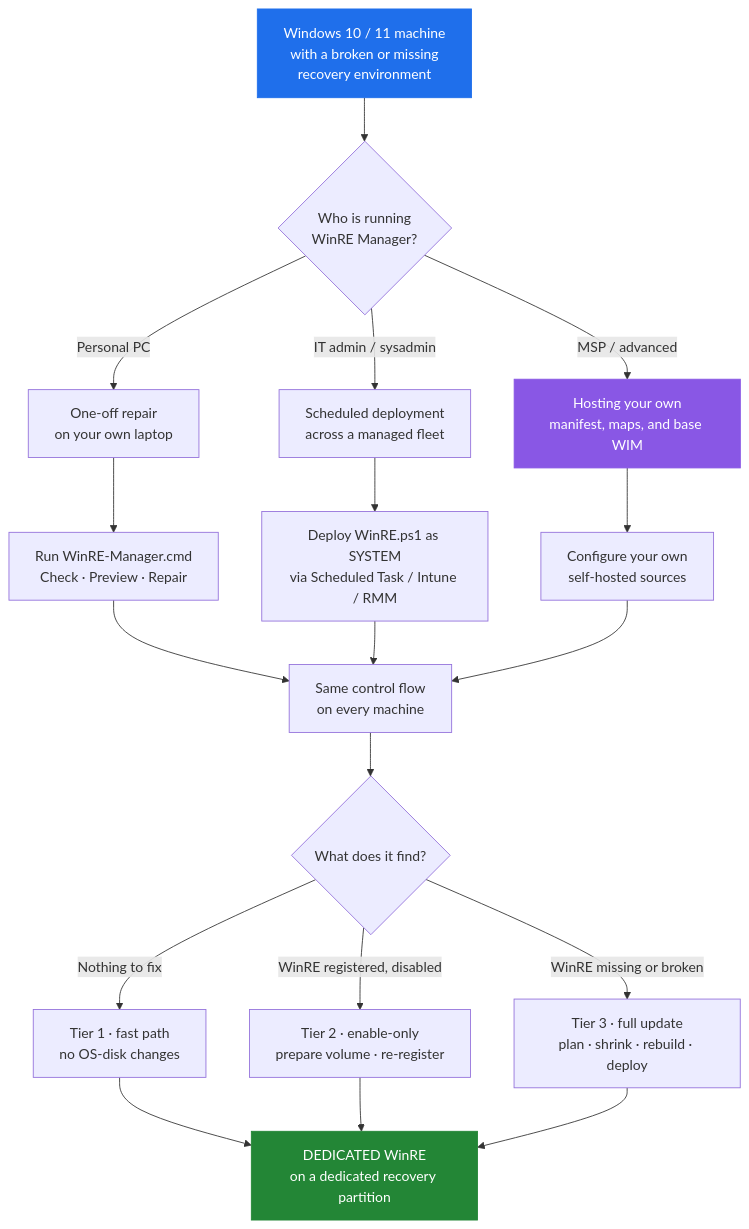
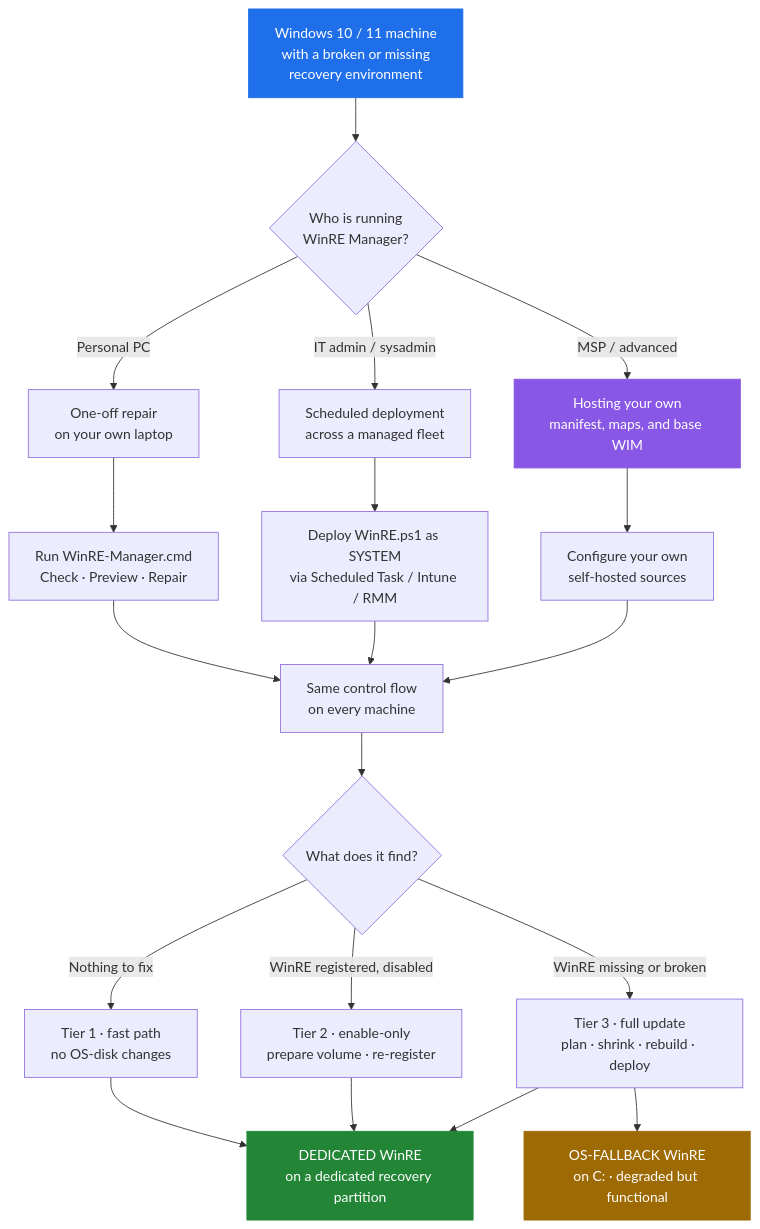
One commit to ArthurJDurand/WinRE-Manager changed the diagram in docs/index.md. Above: the diagram before and after it, drawn with Mermaid. The commit also changed other lines of this file and 3 other files, not shown here.

````diff
--- a/docs/index.md
+++ b/docs/index.md
@@ -50,31 +50,33 @@
 ```mermaid
 flowchart TD
     Start["Windows 10 / 11 machine<br/>with a broken or missing<br/>recovery environment"]
 
     Start --> Who{"Who is running<br/>WinRE Manager?"}
 
     Who -->|"Personal PC"| Single["One-off repair<br/>on your own laptop"]
     Who -->|"IT admin / sysadmin"| Fleet["Scheduled deployment<br/>across a managed fleet"]
     Who -->|"MSP / advanced"| Hosted["Hosting your own<br/>manifest, maps, and base WIM"]
 
     Single --> RunOne["Run WinRE-Manager.cmd<br/>Check · Preview · Repair"]
     Fleet --> RunFleet["Deploy WinRE.ps1 as SYSTEM<br/>via Scheduled Task / Intune / RMM"]
     Hosted --> RunHost["Configure your own<br/>self-hosted sources"]
 
     RunOne --> Flow["Same control flow<br/>on every machine"]
     RunFleet --> Flow
     RunHost --> Flow
 
     Flow --> Fast{"What does it find?"}
     Fast -->|"Nothing to fix"| FP["Tier 1 · fast path<br/>no OS-disk changes"]
     Fast -->|"WinRE registered, disabled"| EO["Tier 2 · enable-only<br/>prepare volume · re-register"]
     Fast -->|"WinRE missing or broken"| FU["Tier 3 · full update<br/>plan · shrink · rebuild · deploy"]
 
-    FP --> End["DEDICATED WinRE<br/>on a dedicated recovery partition"]
-    EO --> End
-    FU --> End
+    FP --> Dedicated["DEDICATED WinRE<br/>on a dedicated recovery partition"]
+    EO --> Dedicated
+    FU --> Dedicated
+    FU --> Fallback["OS-FALLBACK WinRE<br/>on C: · degraded but functional"]
 
     style Start fill:#1f6feb,stroke:#1f6feb,color:#fff
-    style End fill:#238636,stroke:#238636,color:#fff
+    style Dedicated fill:#238636,stroke:#238636,color:#fff
+    style Fallback fill:#9e6a03,stroke:#9e6a03,color:#fff
     style Hosted fill:#8957e5,stroke:#8957e5,color:#fff
 ```
````
